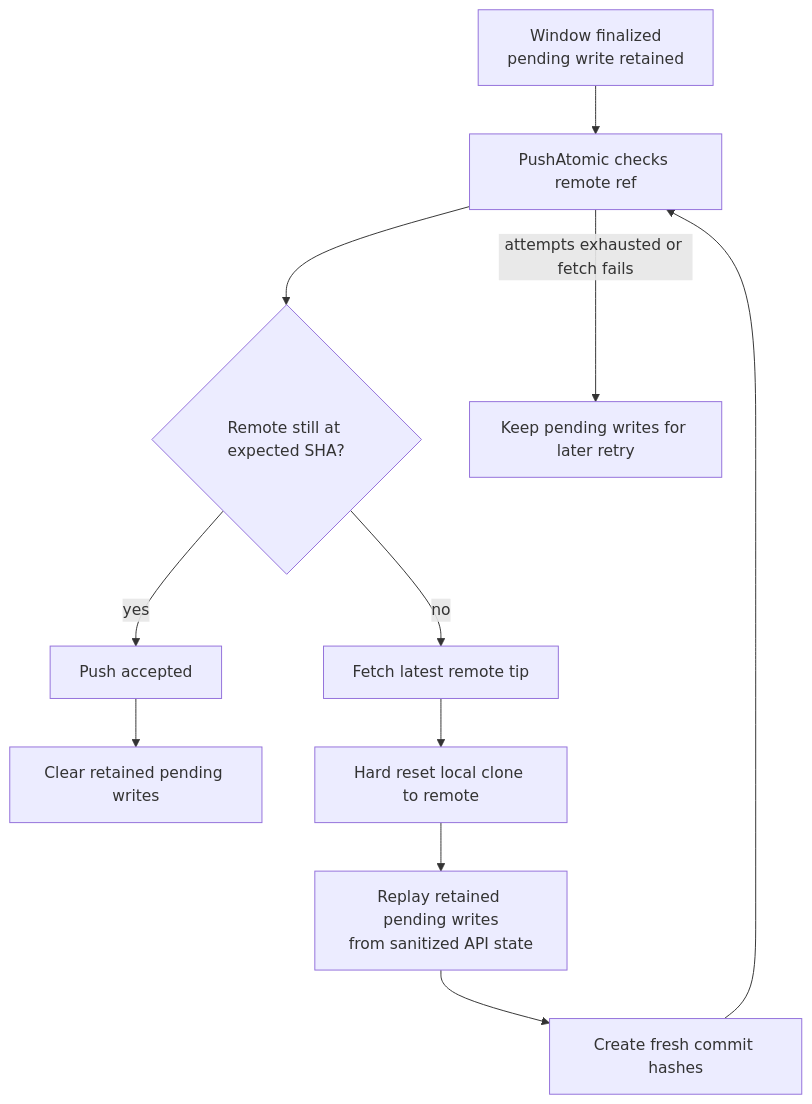
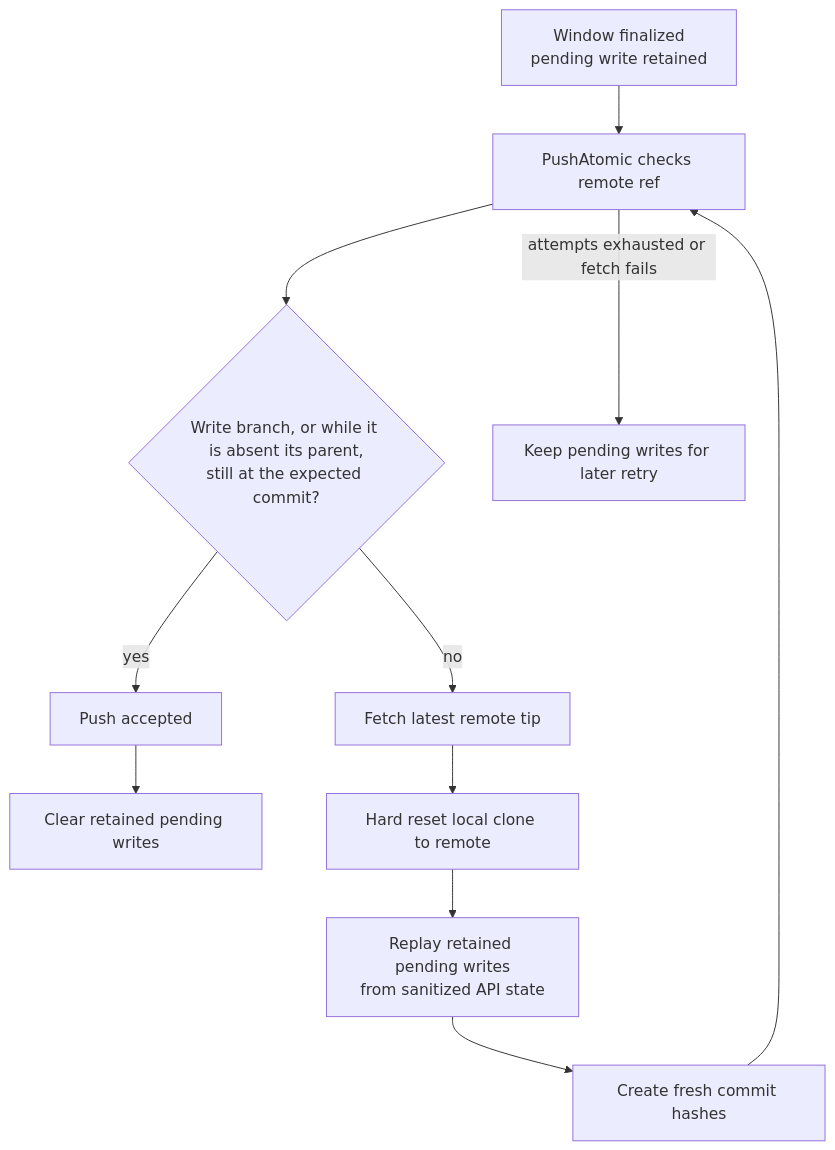
One commit to ConfigButler/gitops-reverser changed the fourth of 5 diagrams in docs/architecture.md. Above: the diagram before and after it, drawn with Mermaid. The commit also changed other lines of this file and 63 other files, not shown here.

First line of the commit message:
feat(api): add GitTarget spec.parentBranch, and create a new write branch on its parent's current tip (#407)

````diff
--- a/docs/architecture.md
+++ b/docs/architecture.md
@@ -568,15 +579,15 @@
 ```mermaid
 flowchart TD
     LOCAL[Window finalized<br/>pending write retained] --> CHECK[PushAtomic checks remote ref]
-    CHECK --> MATCH{Remote still at expected SHA?}
+    CHECK --> MATCH{Write branch, or while it is absent its parent,<br/>still at the expected commit?}
     MATCH -->|yes| ACCEPT[Push accepted]
     ACCEPT --> CLEAR[Clear retained pending writes]
 
     MATCH -->|no| FETCH[Fetch latest remote tip]
     FETCH --> RESET[Hard reset local clone to remote]
     RESET --> REPLAY[Replay retained pending writes<br/>from sanitized API state]
     REPLAY --> REFRESH[Create fresh commit hashes]
     REFRESH --> CHECK
 
     CHECK -->|attempts exhausted or fetch fails| RETAIN[Keep pending writes for later retry]
 ```
````
